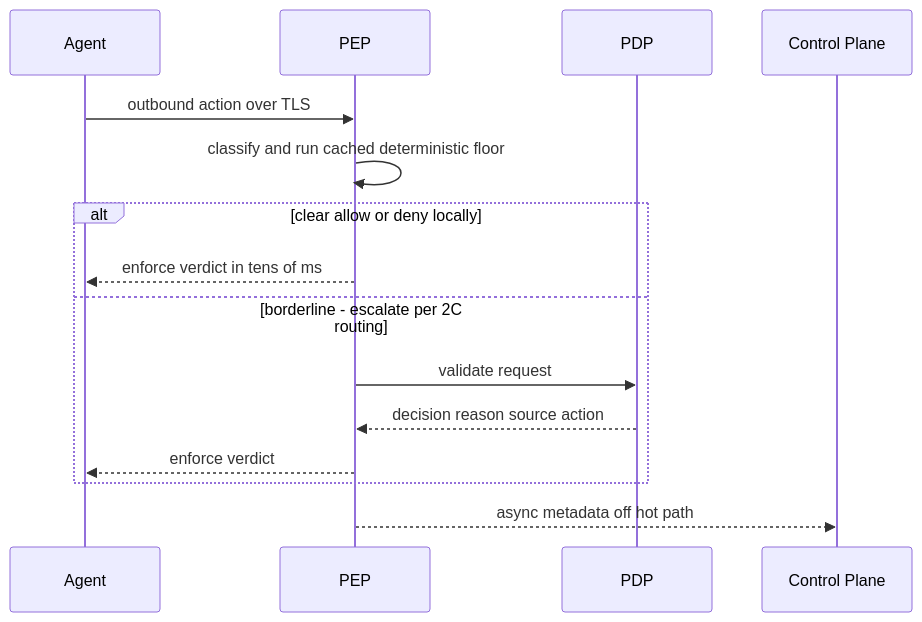
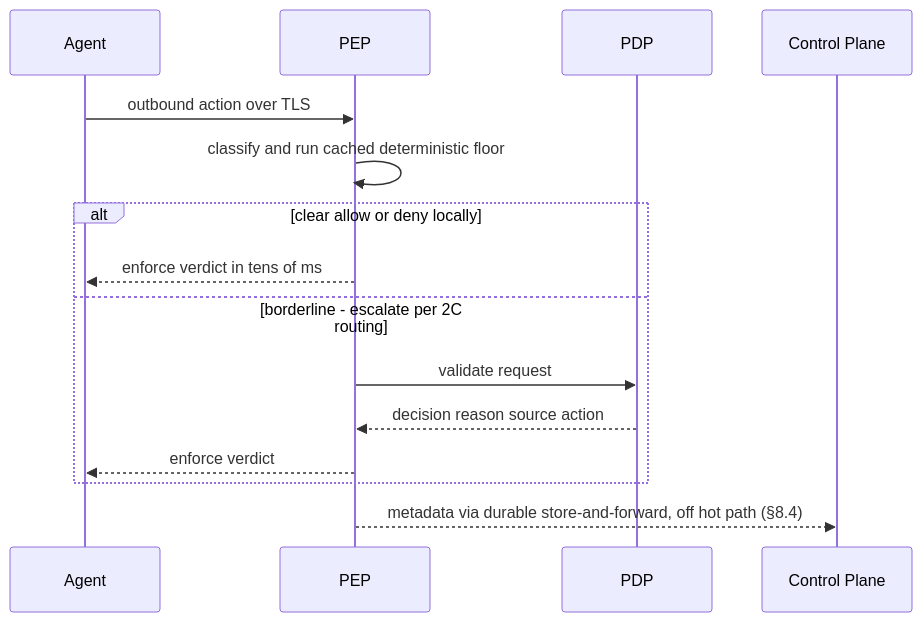
Before and after one commit to shashank31mar/Sentra: the eighth of 12 diagrams in lld/25-network-sidecar-data-plane.md, drawn with Mermaid. The commit also changed other lines of this file and 1 other file, not shown here.

````diff
--- a/lld/25-network-sidecar-data-plane.md
+++ b/lld/25-network-sidecar-data-plane.md
@@ -678,17 +788,17 @@
 ```mermaid
 sequenceDiagram
   participant Agent
   participant PEP
   participant PDP
   participant CP as Control Plane
   Agent->>PEP: outbound action over TLS
   PEP->>PEP: classify and run cached deterministic floor
   alt clear allow or deny locally
     PEP-->>Agent: enforce verdict in tens of ms
   else borderline - escalate per 2C routing
     PEP->>PDP: validate request
     PDP-->>PEP: decision reason source action
     PEP-->>Agent: enforce verdict
   end
-  PEP-->>CP: async metadata off hot path
+  PEP-->>CP: metadata via durable store-and-forward, off hot path (§8.4)
 ```
````
